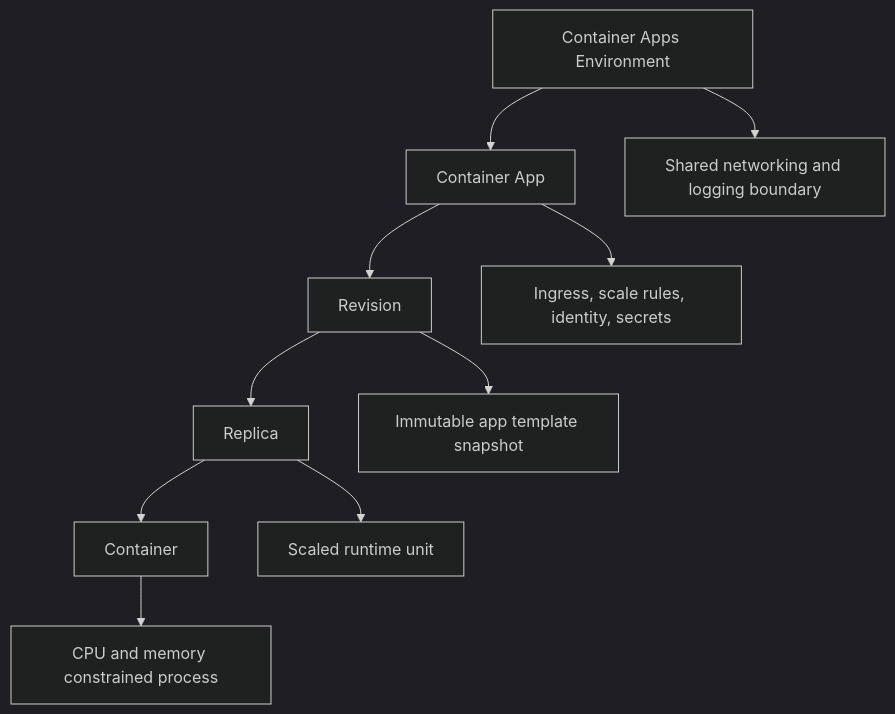
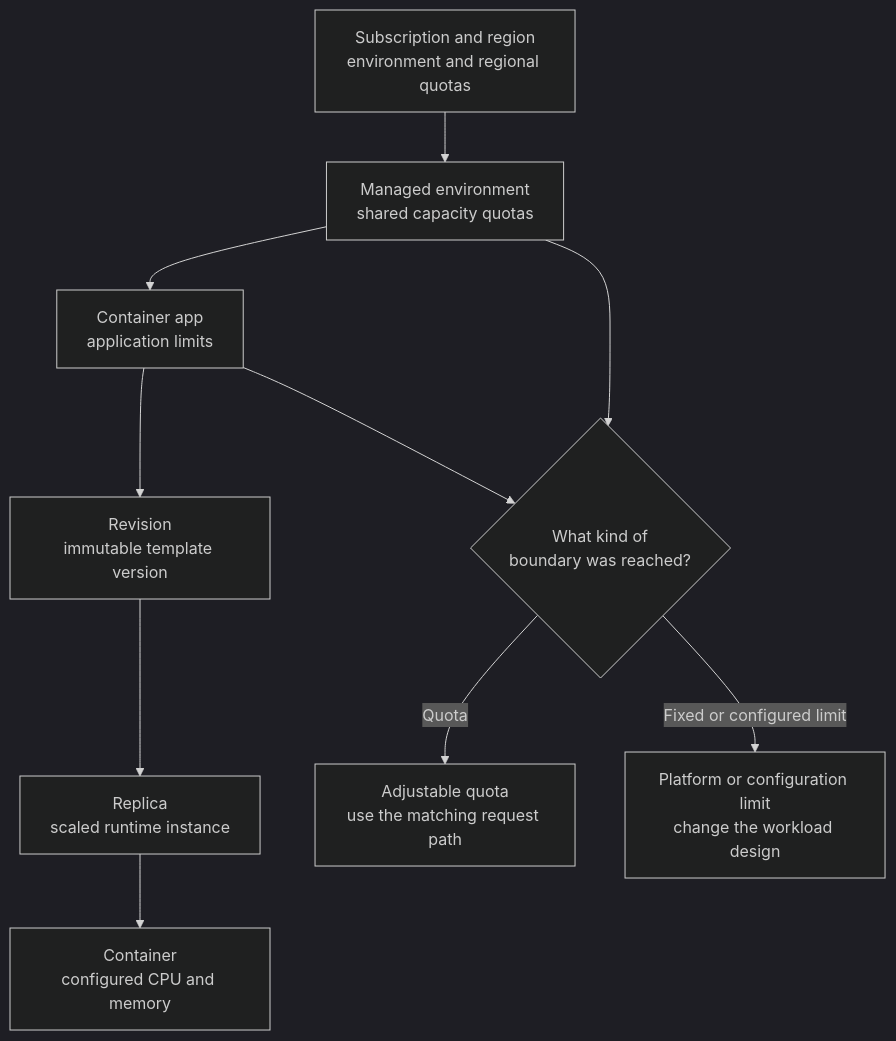
The diagram in docs/reference/platform-limits.md (yeongseon/azure-container-apps-practical-guide), drawn with Mermaid (dark theme) before and after one commit. The commit also changed other lines of this file and 8 other files, not shown here.

Commit message:
docs(diagrams): migrate start and reference diagrams

````diff
--- a/docs/reference/platform-limits.md
+++ b/docs/reference/platform-limits.md
@@ -34,13 +24,25 @@
 ```mermaid
 flowchart TD
-    A[Container Apps Environment] --> B[Container App]
-    B --> C[Revision]
-    C --> D[Replica]
-    D --> E[Container]
+    accTitle: Container Apps quota scopes and runtime limit hierarchy
+    accDescr: Subscription-region quotas constrain environment creation, managed-environment quotas constrain shared capacity, and app or runtime limits constrain an app, revision, replica, or container. Identify the affected scope before requesting quota or changing workload design.
 
-    A --> A1[Shared networking and logging boundary]
-    B --> B1[Ingress, scale rules, identity, secrets]
-    C --> C1[Immutable app template snapshot]
-    D --> D1[Scaled runtime unit]
-    E --> E1[CPU and memory constrained process]
+    SUBSCRIPTION[Subscription and region<br/>environment and regional quotas]
+    ENVIRONMENT[Managed environment<br/>shared capacity quotas]
+    APP[Container app<br/>application limits]
+    REVISION[Revision<br/>immutable template version]
+    REPLICA[Replica<br/>scaled runtime instance]
+    CONTAINER[Container<br/>configured CPU and memory]
+    REQUEST{What kind of<br/>boundary was reached?}
+    QUOTA[Adjustable quota<br/>use the matching request path]
+    LIMIT[Platform or configuration limit<br/>change the workload design]
+
+    SUBSCRIPTION --> ENVIRONMENT
+    ENVIRONMENT --> APP
+    APP --> REVISION
+    REVISION --> REPLICA
+    REPLICA --> CONTAINER
+    ENVIRONMENT --> REQUEST
+    APP --> REQUEST
+    REQUEST -->|Quota| QUOTA
+    REQUEST -->|Fixed or configured limit| LIMIT
 ```
````
